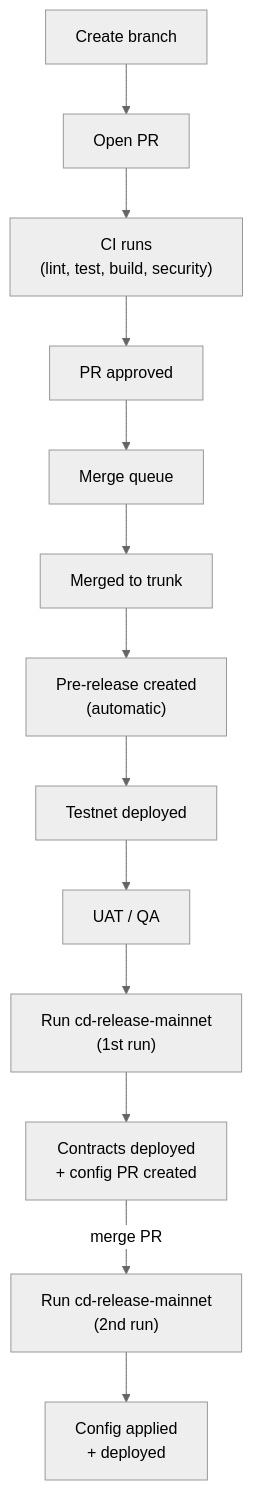
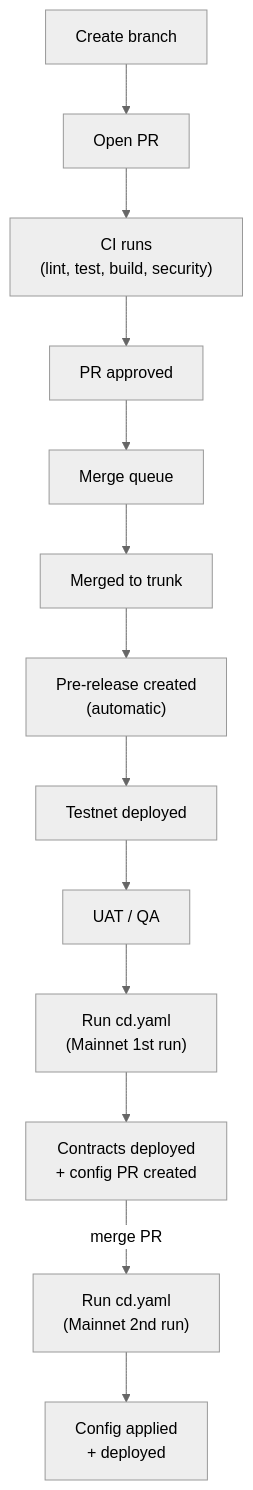
Before and after one commit to tresr-community/tresr-game: the third of 3 diagrams in docs/ci-cd.md, drawn with Mermaid (neutral theme). The commit also changed other lines of this file and 81 other files, not shown here.

````diff
--- a/docs/ci-cd.md
+++ b/docs/ci-cd.md
@@ -51,15 +68,15 @@
 ```mermaid
 graph TD
     A["Create branch"] --> B["Open PR"]
     B --> C["CI runs </br> (lint, test, build, security)"]
     C --> D["PR approved"]
     D --> E["Merge queue"]
     E --> F["Merged to trunk"]
     F --> G["Pre-release created </br> (automatic)"]
     G --> H["Testnet deployed"]
     H --> I["UAT / QA"]
-    I --> J["Run cd-release-mainnet </br> (1st run)"]
+    I --> J["Run cd.yaml </br> (Mainnet 1st run)"]
     J --> K["Contracts deployed </br> + config PR created"]
-    K -->|merge PR| L["Run cd-release-mainnet </br> (2nd run)"]
+    K -->|merge PR| L["Run cd.yaml </br> (Mainnet 2nd run)"]
     L --> M["Config applied </br> + deployed"]
 ```
````
